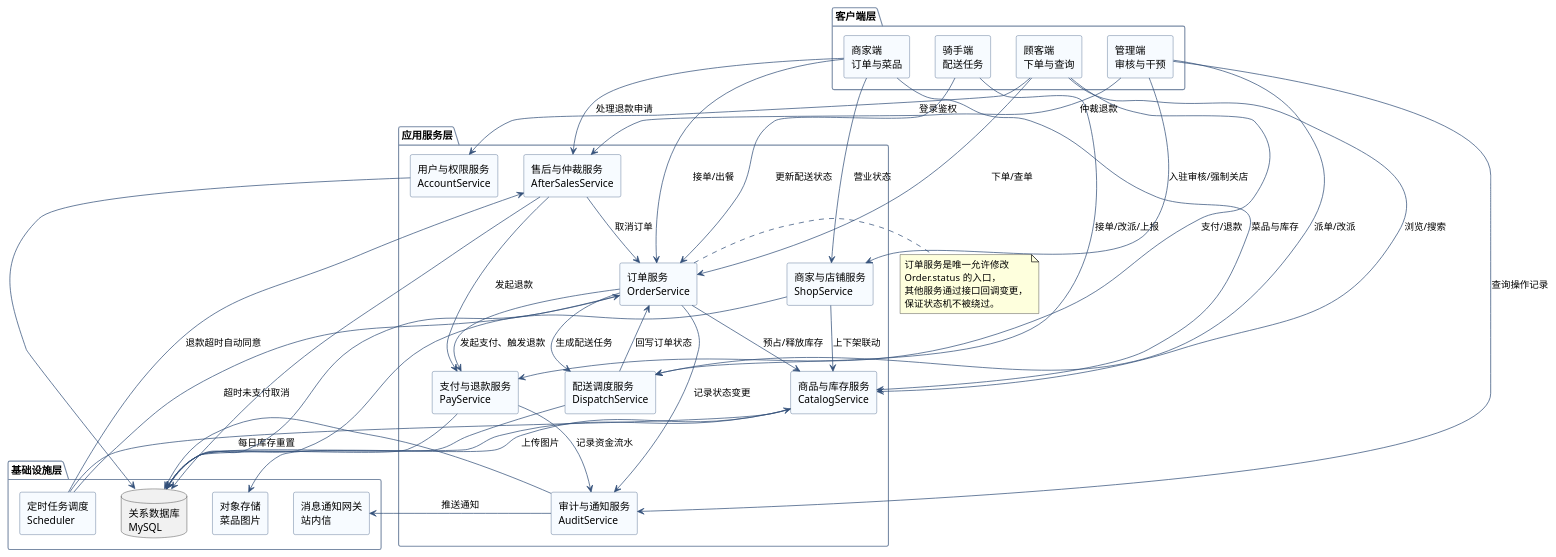
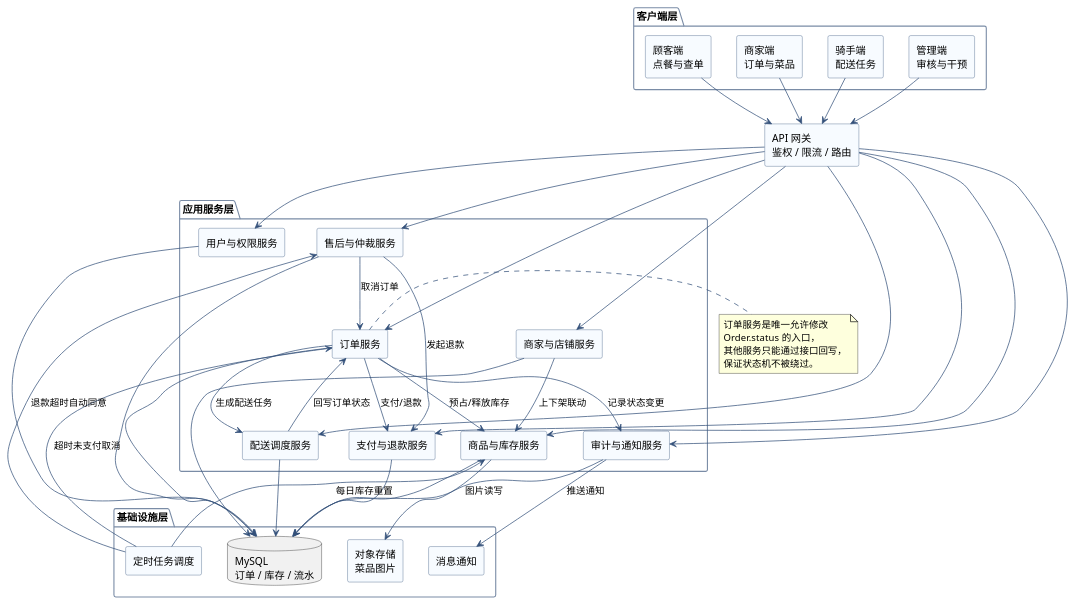
The diagram in lab2/实验2_241880548_王睿阳/UML/UML组件图.puml (marcus-37/lab1-takeout), drawn with PlantUML before and after one commit. The commit also changed 13 other files, not shown here.

Commit message:
fix: 按人工审查修改 UML（组件图加网关收口、用例图拆分为两张、活动图去掉跨泳道嵌套）；补实验报告

```diff
--- a/lab2/实验2_241880548_王睿阳/UML/UML组件图.puml
+++ b/lab2/实验2_241880548_王睿阳/UML/UML组件图.puml
@@ -1,81 +1,83 @@
 @startuml UML组件图
 skinparam backgroundColor #FFFFFF
 skinparam shadowing false
 skinparam componentStyle rectangle
 skinparam componentBorderColor #33507A
 skinparam componentBackgroundColor #F7FBFF
 skinparam packageBorderColor #7A8CA6
 skinparam ArrowColor #33507A
 
 package "客户端层" {
-  component [顾客端\n下单与查询] as CLI_C
-  component [商家端\n订单与菜品] as CLI_M
-  component [骑手端\n配送任务] as CLI_R
-  component [管理端\n审核与干预] as CLI_A
+  component [顾客端\n点餐与查单] as C
+  component [商家端\n订单与菜品] as M
+  component [骑手端\n配送任务] as R
+  component [管理端\n审核与干预] as A
 }
 
+component [API 网关\n鉴权 / 限流 / 路由] as GW
+
 package "应用服务层" {
-  component [用户与权限服务\nAccountService] as SVC_USER
-  component [商家与店铺服务\nShopService] as SVC_SHOP
-  component [商品与库存服务\nCatalogService] as SVC_CATALOG
-  component [订单服务\nOrderService] as SVC_ORDER
-  component [支付与退款服务\nPayService] as SVC_PAY
-  component [配送调度服务\nDispatchService] as SVC_DISPATCH
-  component [售后与仲裁服务\nAfterSalesService] as SVC_AFTER
-  component [审计与通知服务\nAuditService] as SVC_AUDIT
+  component [用户与权限服务] as USER
+  component [商家与店铺服务] as SHOP
+  component [商品与库存服务] as CAT
+  component [订单服务] as ORD
+  component [支付与退款服务] as PAY
+  component [配送调度服务] as DISP
+  component [售后与仲裁服务] as AFTER
+  component [审计与通知服务] as AUDIT
 }
 
 package "基础设施层" {
-  database "关系数据库\nMySQL" as DB
-  component [定时任务调度\nScheduler] as SCH
+  database "MySQL\n订单 / 库存 / 流水" as DB
+  component [定时任务调度] as SCH
   component [对象存储\n菜品图片] as OSS
-  component [消息通知网关\n站内信] as MSG
+  component [消息通知] as MSG
 }
 
-CLI_C --> SVC_USER : 登录鉴权
-CLI_C --> SVC_CATALOG : 浏览/搜索
-CLI_C --> SVC_ORDER : 下单/查单
-CLI_C --> SVC_PAY : 支付/退款
-CLI_M --> SVC_SHOP : 营业状态
-CLI_M --> SVC_CATALOG : 菜品与库存
-CLI_M --> SVC_ORDER : 接单/出餐
-CLI_M --> SVC_AFTER : 处理退款申请
-CLI_R --> SVC_DISPATCH : 接单/改派/上报
-CLI_R --> SVC_ORDER : 更新配送状态
-CLI_A --> SVC_SHOP : 入驻审核/强制关店
-CLI_A --> SVC_DISPATCH : 派单/改派
-CLI_A --> SVC_AFTER : 仲裁退款
-CLI_A --> SVC_AUDIT : 查询操作记录
+C --> GW
+M --> GW
+R --> GW
+A --> GW
 
-SVC_ORDER --> SVC_CATALOG : 预占/释放库存
-SVC_ORDER --> SVC_PAY : 发起支付、触发退款
-SVC_ORDER --> SVC_DISPATCH : 生成配送任务
-SVC_ORDER --> SVC_AUDIT : 记录状态变更
-SVC_PAY --> SVC_AUDIT : 记录资金流水
-SVC_DISPATCH --> SVC_ORDER : 回写订单状态
-SVC_AFTER --> SVC_ORDER : 取消订单
-SVC_AFTER --> SVC_PAY : 发起退款
-SVC_SHOP --> SVC_CATALOG : 上下架联动
-SVC_AUDIT --> MSG : 推送通知
+GW --> USER
+GW --> SHOP
+GW --> CAT
+GW --> ORD
+GW --> PAY
+GW --> DISP
+GW --> AFTER
+GW --> AUDIT
 
-SCH --> SVC_ORDER : 超时未支付取消
-SCH --> SVC_CATALOG : 每日库存重置
-SCH --> SVC_AFTER : 退款超时自动同意
-SVC_USER --> DB
-SVC_SHOP --> DB
-SVC_CATALOG --> DB
-SVC_ORDER --> DB
-SVC_PAY --> DB
-SVC_DISPATCH --> DB
-SVC_AFTER --> DB
-SVC_AUDIT --> DB
-SVC_CATALOG --> OSS : 上传图片
+ORD --> CAT : 预占/释放库存
+ORD --> PAY : 支付/退款
+ORD --> DISP : 生成配送任务
+DISP --> ORD : 回写订单状态
+AFTER --> ORD : 取消订单
+AFTER --> PAY : 发起退款
+SHOP --> CAT : 上下架联动
+ORD --> AUDIT : 记录状态变更
 
-note right of SVC_ORDER
+USER --> DB
+SHOP --> DB
+CAT --> DB
+ORD --> DB
+PAY --> DB
+DISP --> DB
+AFTER --> DB
+AUDIT --> DB
+
+CAT --> OSS : 图片读写
+AUDIT --> MSG : 推送通知
+
+SCH --> ORD : 超时未支付取消
+SCH --> CAT : 每日库存重置
+SCH --> AFTER : 退款超时自动同意
+
+note right of ORD
   订单服务是唯一允许修改
   Order.status 的入口，
-  其他服务通过接口回调变更，
+  其他服务只能通过接口回写，
   保证状态机不被绕过。
 end note
 
 @enduml
```
